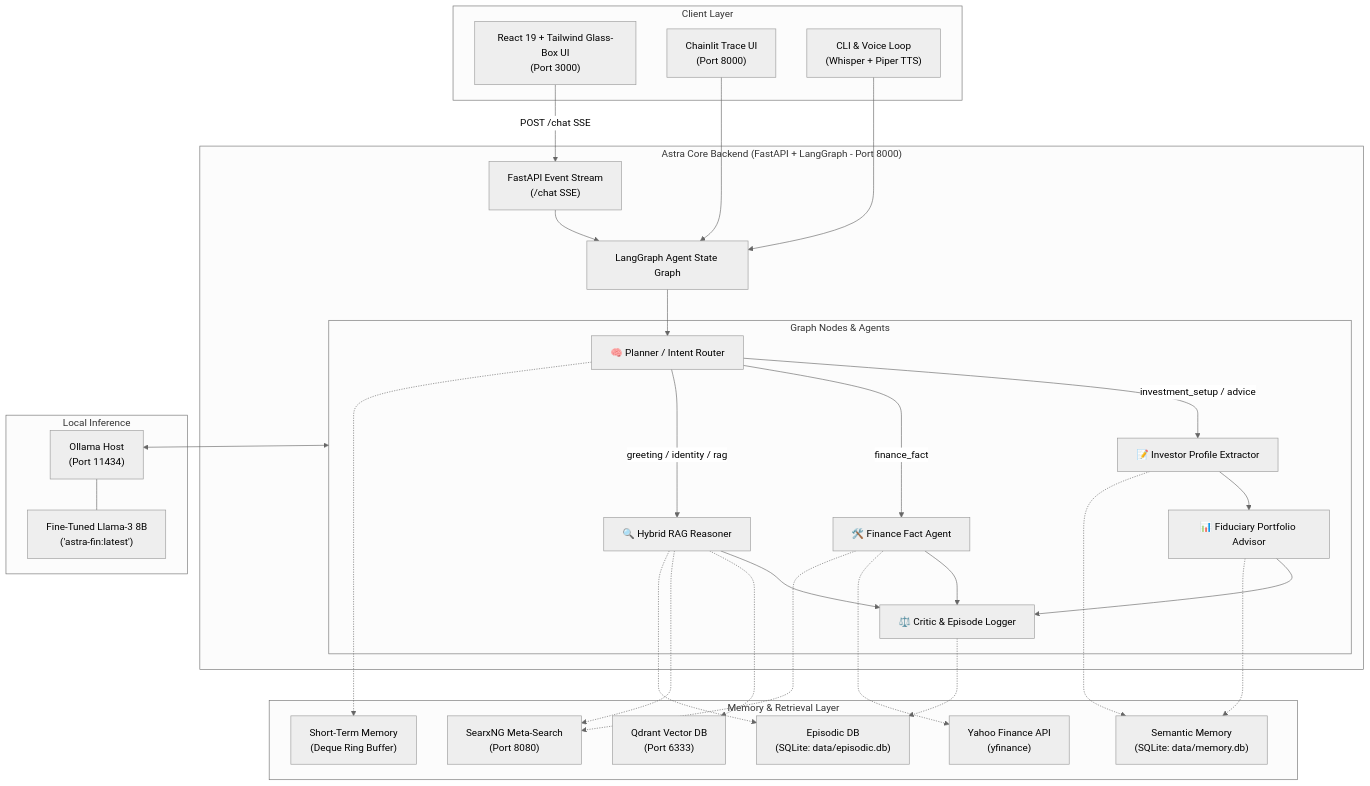
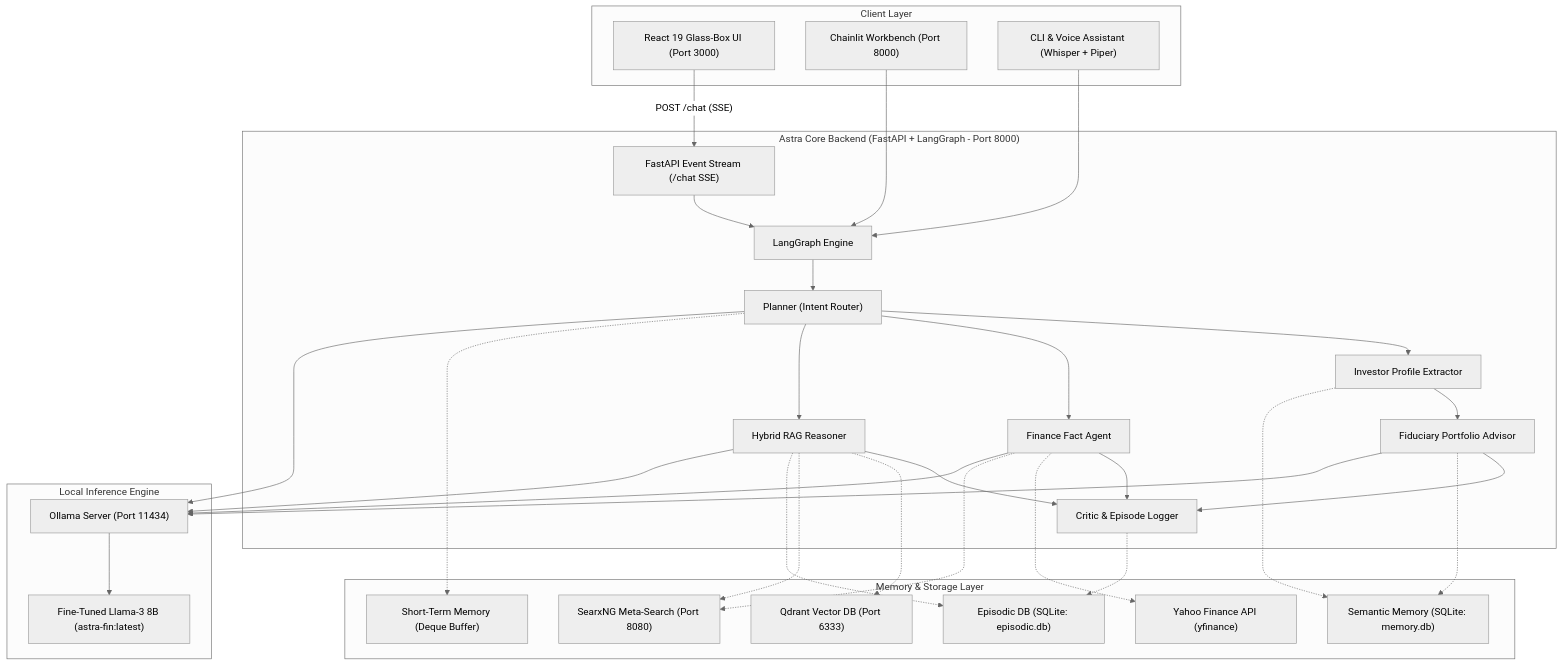
Before and after one commit to returnKarthik/Astra-fin: the first of 2 diagrams in README.md, drawn with Mermaid (neutral theme). The commit also changed other lines of this file, not shown here.

Commit message:
Fix Mermaid diagram syntax and formatting in README

````diff
--- a/README.md
+++ b/README.md
@@ -59,64 +59,64 @@
 ```mermaid
 flowchart TD
-    subgraph Client ["Client Layer"]
-        UI["React 19 + Tailwind Glass-Box UI\n(Port 3000)"]
-        CL["Chainlit Trace UI\n(Port 8000)"]
-        CLI["CLI & Voice Loop\n(Whisper + Piper TTS)"]
+    subgraph ClientLayer ["Client Layer"]
+        UI["React 19 Glass-Box UI (Port 3000)"]
+        CL["Chainlit Workbench (Port 8000)"]
+        CLI["CLI & Voice Assistant (Whisper + Piper)"]
     end
 
-    subgraph Backend ["Astra Core Backend (FastAPI + LangGraph - Port 8000)"]
-        SSE["FastAPI Event Stream\n(/chat SSE)"]
-        LG["LangGraph Agent State Graph"]
-        
-        subgraph Agents ["Graph Nodes & Agents"]
-            Planner["🧠 Planner / Intent Router"]
-            Profile["📝 Investor Profile Extractor"]
-            Advisor["📊 Fiduciary Portfolio Advisor"]
-            FinAgent["🛠️ Finance Fact Agent"]
-            Reasoner["🔍 Hybrid RAG Reasoner"]
-            Critic["⚖️ Critic & Episode Logger"]
-        end
+    subgraph BackendLayer ["Astra Core Backend (FastAPI + LangGraph - Port 8000)"]
+        SSE["FastAPI Event Stream (/chat SSE)"]
+        LG["LangGraph Engine"]
+        Planner["Planner (Intent Router)"]
+        Profile["Investor Profile Extractor"]
+        Advisor["Fiduciary Portfolio Advisor"]
+        FinAgent["Finance Fact Agent"]
+        Reasoner["Hybrid RAG Reasoner"]
+        Critic["Critic & Episode Logger"]
     end
 
-    subgraph Storage ["Memory & Retrieval Layer"]
-        STM["Short-Term Memory\n(Deque Ring Buffer)"]
-        EPI["Episodic DB\n(SQLite: data/episodic.db)"]
-        SEM["Semantic Memory\n(SQLite: data/memory.db)"]
-        Qdrant["Qdrant Vector DB\n(Port 6333)"]
-        SearxNG["SearxNG Meta-Search\n(Port 8080)"]
-        YFin["Yahoo Finance API\n(yfinance)"]
+    subgraph StorageLayer ["Memory & Storage Layer"]
+        STM["Short-Term Memory (Deque Buffer)"]
+        EPI["Episodic DB (SQLite: episodic.db)"]
+        SEM["Semantic Memory (SQLite: memory.db)"]
+        Qdrant["Qdrant Vector DB (Port 6333)"]
+        SearxNG["SearxNG Meta-Search (Port 8080)"]
+        YFin["Yahoo Finance API (yfinance)"]
     end
 
-    subgraph Inference ["Local Inference"]
-        Ollama["Ollama Host\n(Port 11434)"]
-        Model["Fine-Tuned Llama-3 8B\n('astra-fin:latest')"]
+    subgraph InferenceLayer ["Local Inference Engine"]
+        Ollama["Ollama Server (Port 11434)"]
+        Model["Fine-Tuned Llama-3 8B (astra-fin:latest)"]
     end
 
-    UI -->|POST /chat SSE| SSE
+    UI -->|"POST /chat (SSE)"| SSE
     CL --> LG
     CLI --> LG
     SSE --> LG
 
     LG --> Planner
-    Planner -->|investment_setup / advice| Profile
+    Planner --> Profile
     Profile --> Advisor
-    Planner -->|finance_fact| FinAgent
-    Planner -->|greeting / identity / rag| Reasoner
+    Planner --> FinAgent
+    Planner --> Reasoner
 
     Advisor --> Critic
     FinAgent --> Critic
     Reasoner --> Critic
 
     Planner -.-> STM
     Profile -.-> SEM
     Advisor -.-> SEM
     Critic -.-> EPI
     FinAgent -.-> YFin
     FinAgent -.-> SearxNG
     Reasoner -.-> Qdrant
     Reasoner -.-> SearxNG
     Reasoner -.-> EPI
 
-    Agents <--> Ollama
-    Ollama --- Model
+    Planner --> Ollama
+    Advisor --> Ollama
+    FinAgent --> Ollama
+    Reasoner --> Ollama
+    Ollama --> Model
 ```
````
